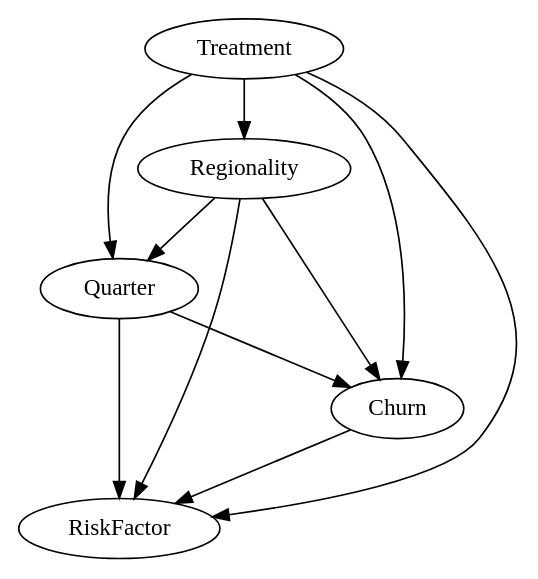
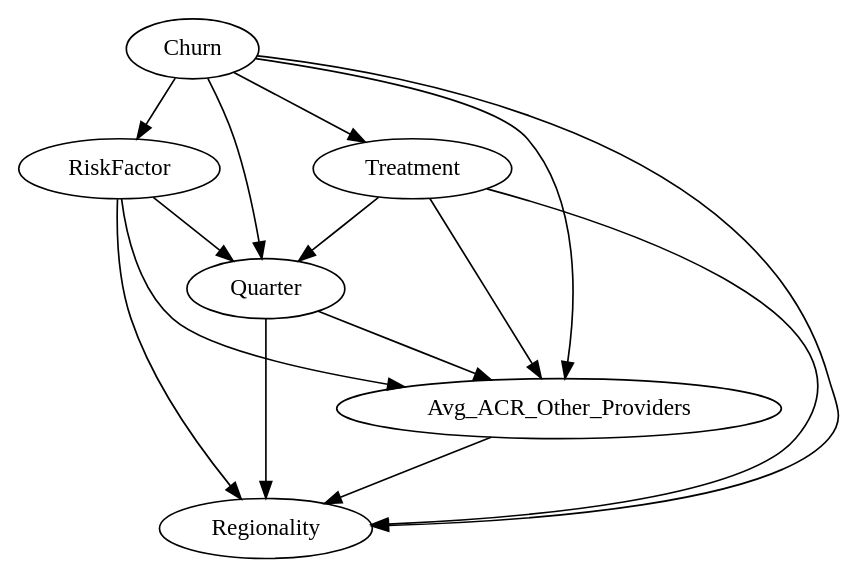
Before and after one commit to pyk-1908/team3: the diagram in checkpoints/NOTEARS_DAG_definition/NOTEARS_DAG_causal_structure_model.dot, drawn with Graphviz. The commit also changed 34 other files, not shown here.

```diff
--- a/checkpoints/NOTEARS_DAG_definition/NOTEARS_DAG_causal_structure_model.dot
+++ b/checkpoints/NOTEARS_DAG_definition/NOTEARS_DAG_causal_structure_model.dot
@@ -1,17 +1,22 @@
 strict digraph {
 Quarter;
 RiskFactor;
 Regionality;
 Treatment;
+Avg_ACR_Other_Providers;
 Churn;
-Quarter -> RiskFactor [origin=learned, weight=18.219246752537217];
-Quarter -> Churn [origin=learned, weight="-2.007977733488897"];
-Regionality -> Quarter [origin=learned, weight=3.7022326974361888];
-Regionality -> RiskFactor [origin=learned, weight=4.359333619484953];
-Regionality -> Churn [origin=learned, weight="-0.8680446151507331"];
-Treatment -> Quarter [origin=learned, weight="-10.79923566470823"];
-Treatment -> RiskFactor [origin=learned, weight="-6.2122042190623"];
-Treatment -> Regionality [origin=learned, weight=7.672999369772012];
-Treatment -> Churn [origin=learned, weight=4.35131110686202];
-Churn -> RiskFactor [origin=learned, weight="-0.8348365309567357"];
+Quarter -> Regionality [origin=learned, weight=2.9436635284050197];
+Quarter -> Avg_ACR_Other_Providers [origin=learned, weight=1.2201793345345224];
+RiskFactor -> Quarter [origin=learned, weight="-1.5858929009906921"];
+RiskFactor -> Regionality [origin=learned, weight="-3.351801065216877"];
+RiskFactor -> Avg_ACR_Other_Providers [origin=learned, weight="-1.1174417293757515"];
+Treatment -> Quarter [origin=learned, weight="-0.465662941686546"];
+Treatment -> Regionality [origin=learned, weight=0.5815919321510599];
+Treatment -> Avg_ACR_Other_Providers [origin=learned, weight="-4.643212746560366"];
+Avg_ACR_Other_Providers -> Regionality [origin=learned, weight="-3.7940761981464437"];
+Churn -> Quarter [origin=learned, weight=2.2339467879355785];
+Churn -> RiskFactor [origin=learned, weight=4.418356453008987];
+Churn -> Regionality [origin=learned, weight="-0.623635285650917"];
+Churn -> Treatment [origin=learned, weight="-1.608523080916491"];
+Churn -> Avg_ACR_Other_Providers [origin=learned, weight=2.5370038940944193];
 }
```
